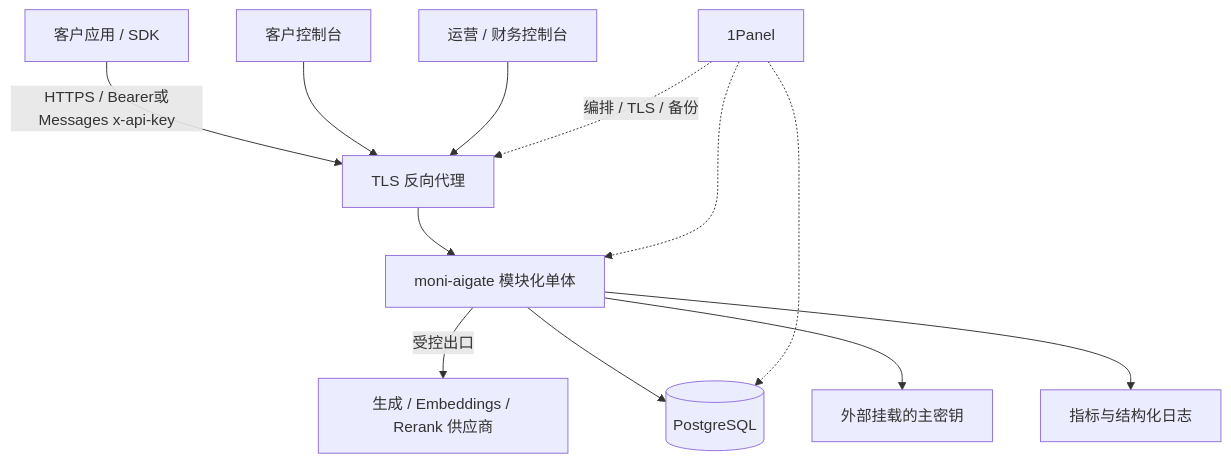
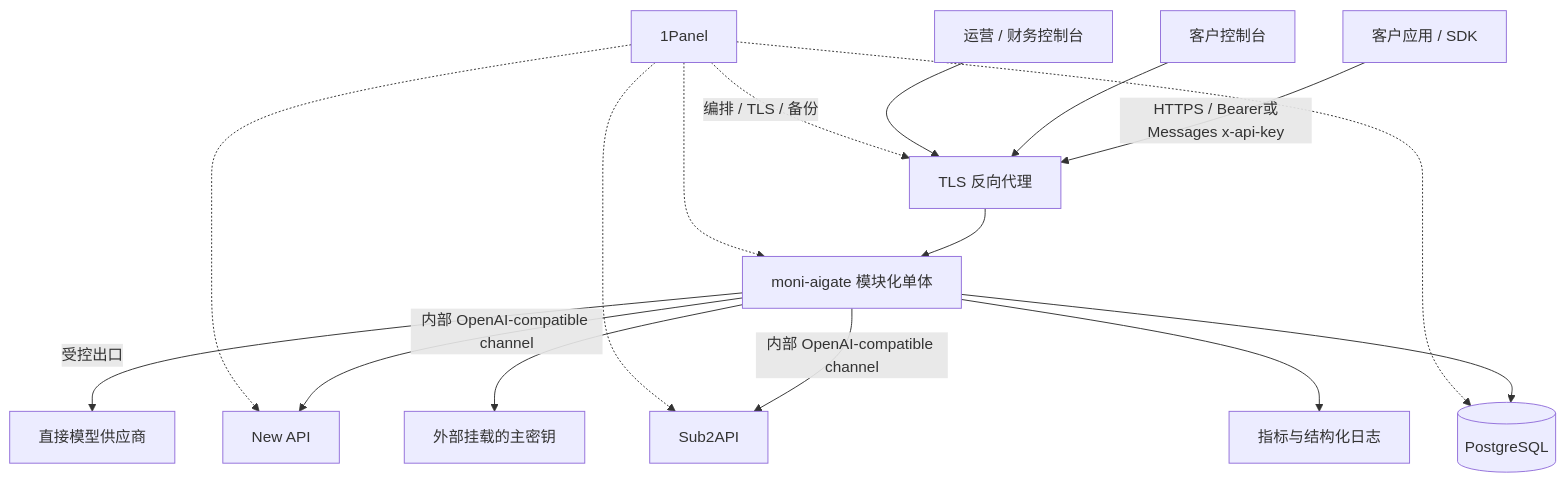
One commit to workhold/moni-aigate changed the first of 6 diagrams in docs/design/HLD.md. Above: the diagram before and after it, drawn with Mermaid. The commit also changed other lines of this file and 14 other files, not shown here.

Commit message:
docs: align roadmap with external upstream integration

````diff
--- a/docs/design/HLD.md
+++ b/docs/design/HLD.md
@@ -29,14 +29,18 @@
 ```mermaid
 flowchart TB
     Dev[客户应用 / SDK] -->|HTTPS / Bearer或Messages x-api-key| Edge[TLS 反向代理]
     User[客户控制台] --> Edge
     Ops[运营 / 财务控制台] --> Edge
     Edge --> App[moni-aigate 模块化单体]
-    App -->|受控出口| Providers[生成 / Embeddings / Rerank 供应商]
+    App -->|受控出口| Direct[直接模型供应商]
+    App -->|内部 OpenAI-compatible channel| NewAPI[New API]
+    App -->|内部 OpenAI-compatible channel| Sub2API[Sub2API]
     App --> PG[(PostgreSQL)]
     App --> Secret[外部挂载的主密钥]
     Panel[1Panel] -.->|编排 / TLS / 备份| Edge
     Panel -.-> App
+    Panel -.-> NewAPI
+    Panel -.-> Sub2API
     Panel -.-> PG
     App --> Obs[指标与结构化日志]
 ```
````
